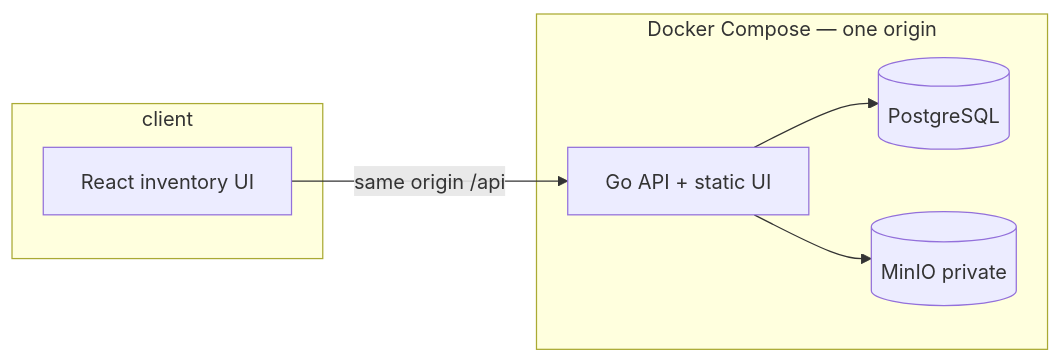
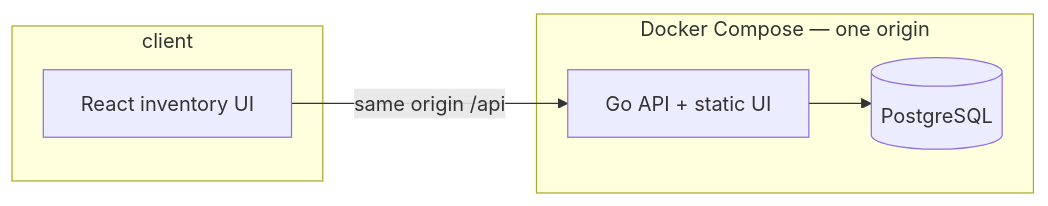
One commit to nghialthanh/inventory_dashboard changed the first of 2 diagrams in docs/architecture/README.md. Above: the diagram before and after it, drawn with Mermaid. The commit also changed other lines of this file and 60 other files, not shown here.

````diff
--- a/docs/architecture/README.md
+++ b/docs/architecture/README.md
@@ -9,14 +9,12 @@
 ```mermaid
 flowchart LR
   subgraph client
     UI[React inventory UI]
   end
   subgraph compose["Docker Compose — one origin"]
     API[Go API + static UI]
     PG[(PostgreSQL)]
-    MINIO[(MinIO private)]
   end
   UI -->|same origin /api| API
   API --> PG
-  API --> MINIO
 ```
````
